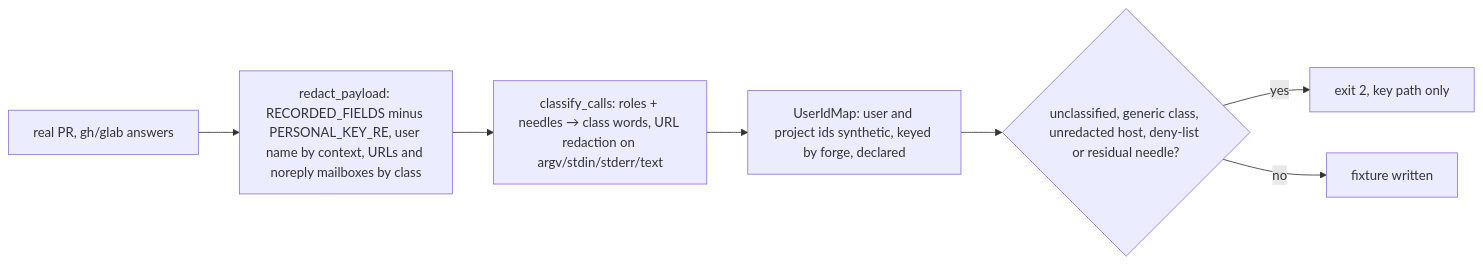
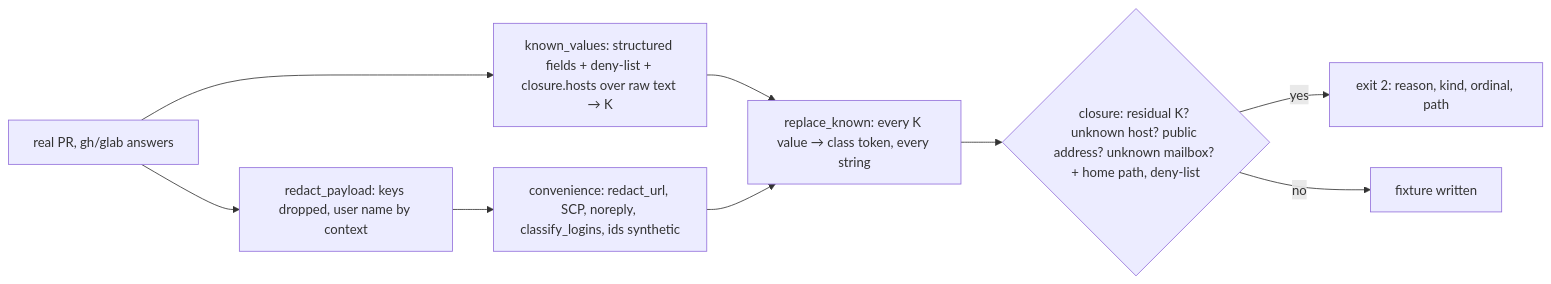
The diagram in docs/specs/2026-11-18_SP-RECORDER-REDACTS-BY-CLASS_the-forge-recorder-writes-class-words-and-drops-names-at-record-time.md (repoachhq/repoach), drawn with Mermaid before and after one commit. The commit also changed other lines of this file, not shown here.

````diff
--- a/docs/specs/2026-11-18_SP-RECORDER-REDACTS-BY-CLASS_the-forge-recorder-writes-class-words-and-drops-names-at-record-time.md
+++ b/docs/specs/2026-11-18_SP-RECORDER-REDACTS-BY-CLASS_the-forge-recorder-writes-class-words-and-drops-names-at-record-time.md
@@ -1521,9 +1322,11 @@
 ```mermaid
 flowchart LR
-    P[real PR, gh/glab answers] --> R[redact_payload: RECORDED_FIELDS minus PERSONAL_KEY_RE, user name by context, URLs and noreply mailboxes by class]
-    R --> C[classify_calls: roles + needles → class words, URL redaction on argv/stdin/stderr/text]
-    C --> U[UserIdMap: user and project ids synthetic, keyed by forge, declared]
-    U --> G{unclassified, generic class, unredacted host, deny-list or residual needle?}
-    G -- yes --> E[exit 2, key path only]
-    G -- no --> F[fixture written]
+    P[real PR, gh/glab answers] --> K[known_values: structured fields + deny-list + closure.hosts over raw text → K]
+    P --> R[redact_payload: keys dropped, user name by context]
+    R --> C[convenience: redact_url, SCP, noreply, classify_logins, ids synthetic]
+    K --> T[replace_known: every K value → class token, every string]
+    C --> T
+    T --> O{closure: residual K? unknown host? public address? unknown mailbox? + home path, deny-list}
+    O -- yes --> E[exit 2: reason, kind, ordinal, path]
+    O -- no --> F[fixture written]
 ```
````
